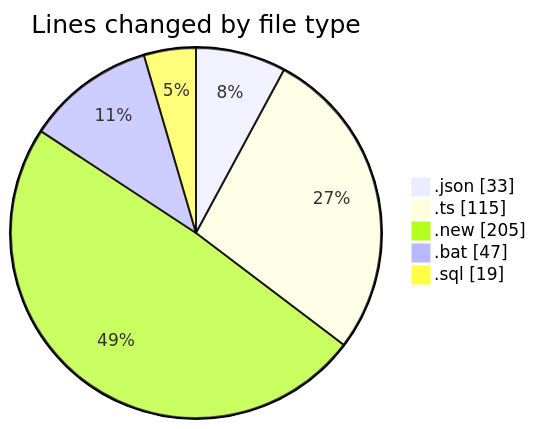
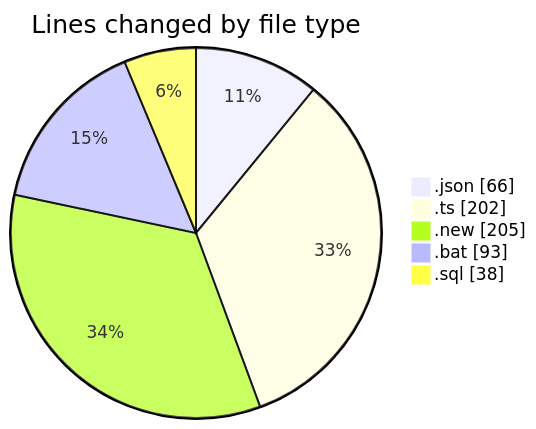
The first of 2 diagrams in 2025-05-20/ecodeli-1/README.md (CELIANVF/code-tracking), drawn with Mermaid before and after one commit. The commit also changed other lines of this file and 1 other file, not shown here.

````diff
--- a/2025-05-20/ecodeli-1/README.md
+++ b/2025-05-20/ecodeli-1/README.md
@@ -26,9 +26,9 @@
 ```mermaid
 pie showData
 title Lines changed by file type
-".json" : 33
-".ts" : 115
+".json" : 66
+".ts" : 202
 ".new" : 205
-".bat" : 47
-".sql" : 19
+".bat" : 93
+".sql" : 38
 ```
````
